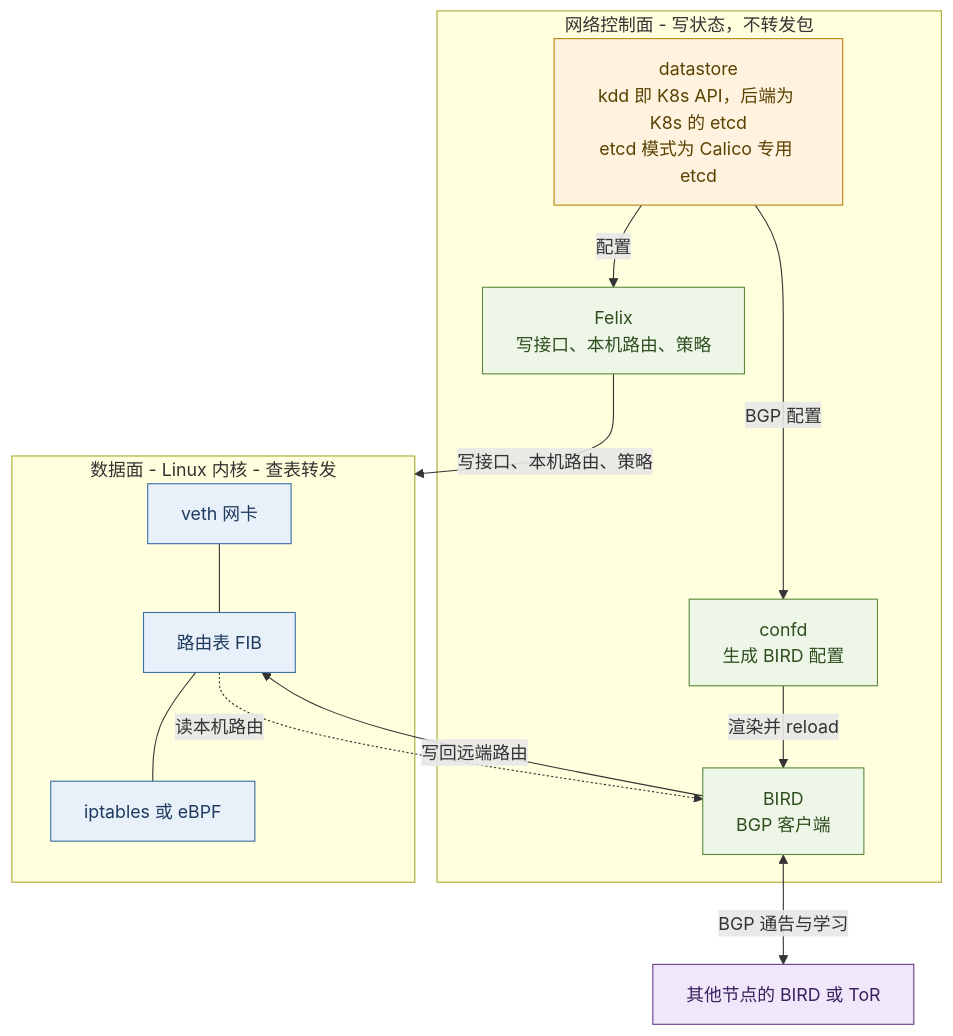
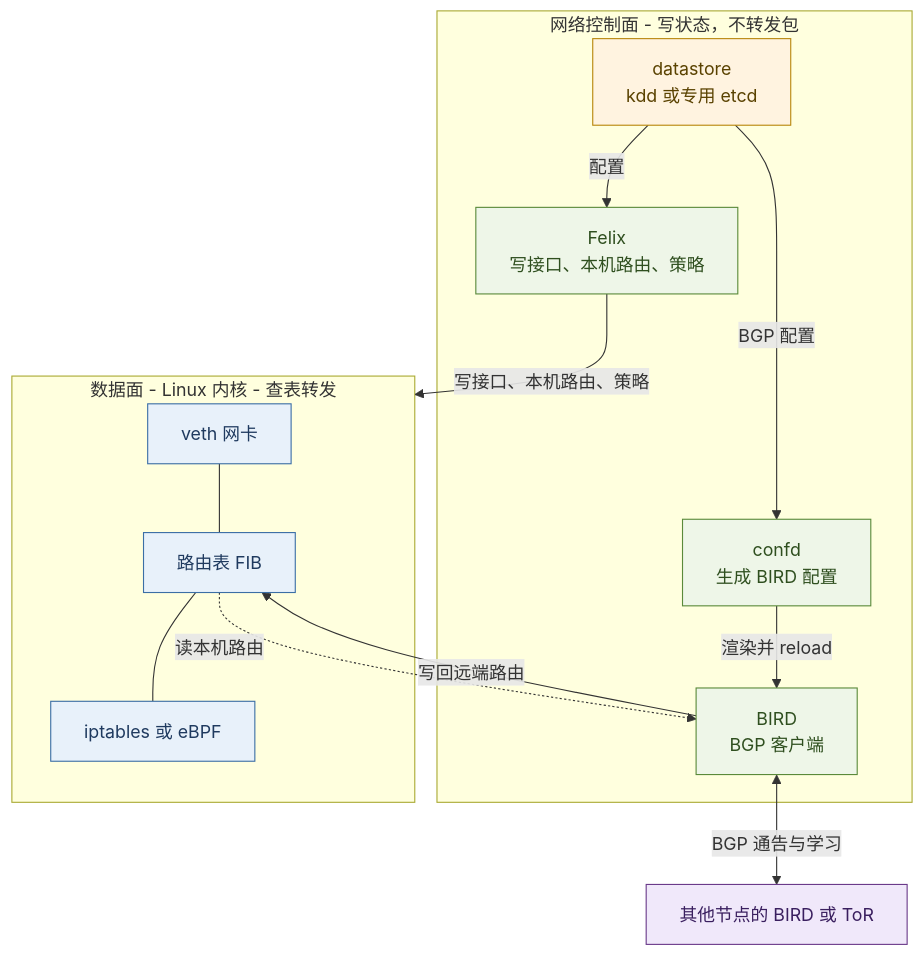
One commit to xiaxinyu/knowledge_base changed the second of 8 diagrams in 20-architecture/24-calico-l3-dataplane-treatise.md. Above: the diagram before and after it, drawn with Mermaid. The commit also changed other lines of this file and 2 other files, not shown here.

````diff
--- a/20-architecture/24-calico-l3-dataplane-treatise.md
+++ b/20-architecture/24-calico-l3-dataplane-treatise.md
@@ -101,32 +107,32 @@
 ```mermaid
 flowchart TB
   classDef store fill:#fff3e0,stroke:#b8860b,color:#5a4200
   classDef proc fill:#eef6e8,stroke:#5a8a3a,color:#2f4f1f
   classDef dplane fill:#e8f1fa,stroke:#3b6ea5,color:#1f3a5f
   classDef peer fill:#f0e8fa,stroke:#6a3a8a,color:#3a1f5f
 
   subgraph CTRL["网络控制面 - 写状态，不转发包"]
-    Store["datastore<br>kdd 即 K8s API，后端为 K8s 的 etcd<br>etcd 模式为 Calico 专用 etcd"]:::store
+    Store["datastore<br>kdd 或专用 etcd"]:::store
     Felix["Felix<br>写接口、本机路由、策略"]:::proc
     Confd["confd<br>生成 BIRD 配置"]:::proc
     BIRD["BIRD<br>BGP 客户端"]:::proc
   end
 
   subgraph DPLANE["数据面 - Linux 内核 - 查表转发"]
     Veth["veth 网卡"]:::dplane
     FIB["路由表 FIB"]:::dplane
     ACL["iptables 或 eBPF"]:::dplane
   end
 
   Peer["其他节点的 BIRD 或 ToR"]:::peer
 
   Store -->|"配置"| Felix
   Store -->|"BGP 配置"| Confd
   Confd -->|"渲染并 reload"| BIRD
   Felix -->|"写接口、本机路由、策略"| DPLANE
   FIB -.->|"读本机路由"| BIRD
   BIRD <-->|"BGP 通告与学习"| Peer
   BIRD -->|"写回远端路由"| FIB
   Veth --- FIB
   FIB --- ACL
 ```
````
